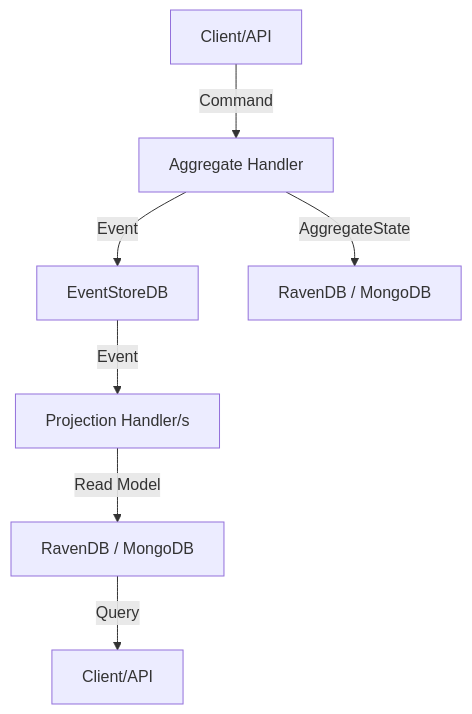
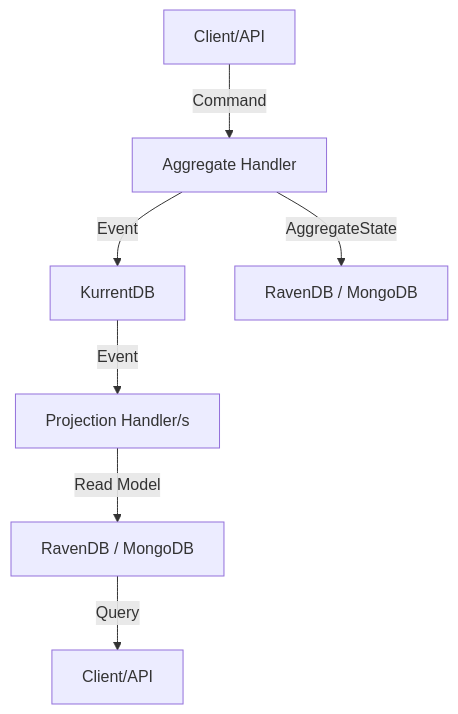
Before and after one commit to si-informational-systems/Rosetta: the diagram in README.md, drawn with Mermaid. The commit also changed other lines of this file and 11 other files, not shown here.

````diff
--- a/README.md
+++ b/README.md
@@ -86,9 +86,9 @@
 ```mermaid
 graph TD
     A[Client/API] -->|Command| B[Aggregate Handler]
-    B -->|Event| C[EventStoreDB]
+    B -->|Event| C[KurrentDB]
     B -->|AggregateState| G[RavenDB / MongoDB]
     C -->|Event| D[Projection Handler/s]
     D -->|Read Model| E[RavenDB / MongoDB]
     E -->|Query| F[Client/API]
 ```
````
